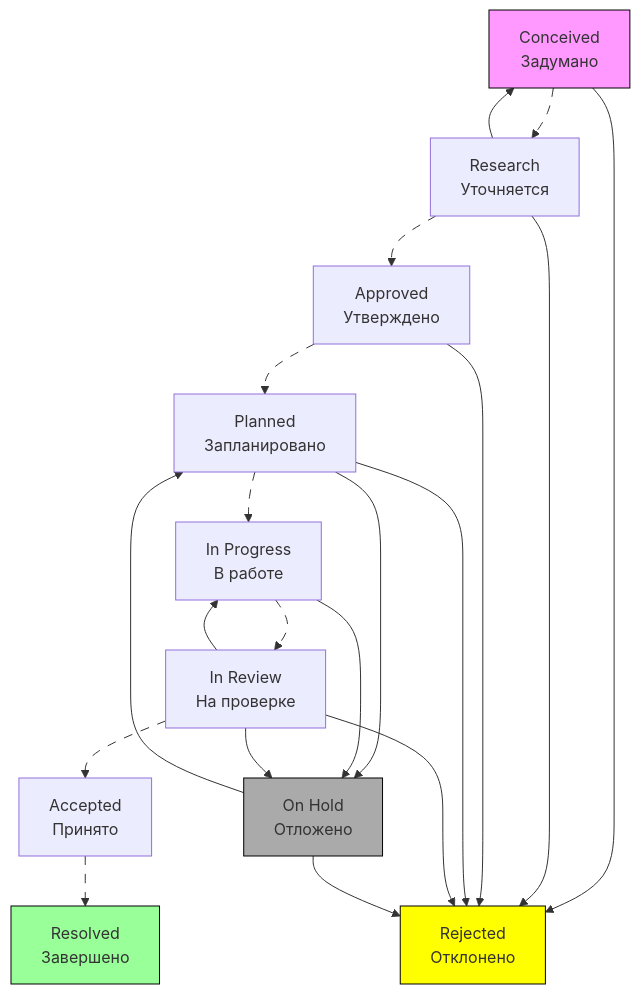
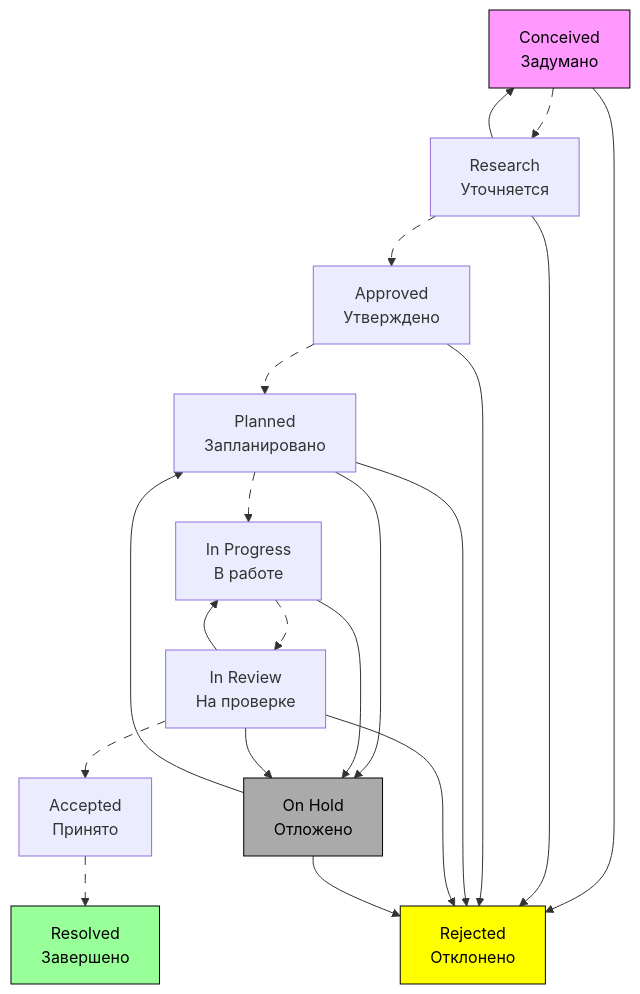
One commit to YaroslavMizgirev/my-jira changed the diagram in data-scheme/about workflow/epic-workflow.md. Above: the diagram before and after it, drawn with Mermaid.

````diff
--- a/data-scheme/about workflow/epic-workflow.md
+++ b/data-scheme/about workflow/epic-workflow.md
@@ -3,37 +3,32 @@
 ```mermaid
----
-config:
-  primaryColor: '#fff'
-  primaryTextColor: '#fff'
----
 graph TD
     A[Conceived<br/>Задумано] e1@--> B[Research<br/>Уточняется]
     B --> A
     B e2@--> C[Approved<br/>Утверждено]
     C e3@--> D[Planned<br/>Запланировано]
     D e4@--> E[In Progress<br/>В работе]
     E e5@--> F[In Review<br/>На проверке]
     F e6@--> H[Accepted<br/>Принято]
     F --> E
     H e7@--> I[Resolved<br/>Завершено]
 
     A --> J[Rejected<br/>Отклонено]
     B --> J
     C --> J
     D --> J
     F --> J
 
     D --> G[On Hold<br/>Отложено]
     G --> D
     E --> G
     F --> G
     G --> J
     
     classDef animate stroke-dasharray: 9,5,stroke-dashoffset: 900,animation: dash 25s linear infinite;
     class e1,e2,e3,e4,e5,e6,e7 animate
     
-    style A fill:#f9f,stroke:#000
-    style I fill:#9f9,stroke:#000
-    style J fill:#ff0,stroke:#000
-    style G fill:#aaa,stroke:#000
+    style A fill:#f9f,stroke:#000,color:#000
+    style I fill:#9f9,stroke:#000,color:#000
+    style J fill:#ff0,stroke:#000,color:#000
+    style G fill:#aaa,stroke:#000,color:#000
 ```
````
